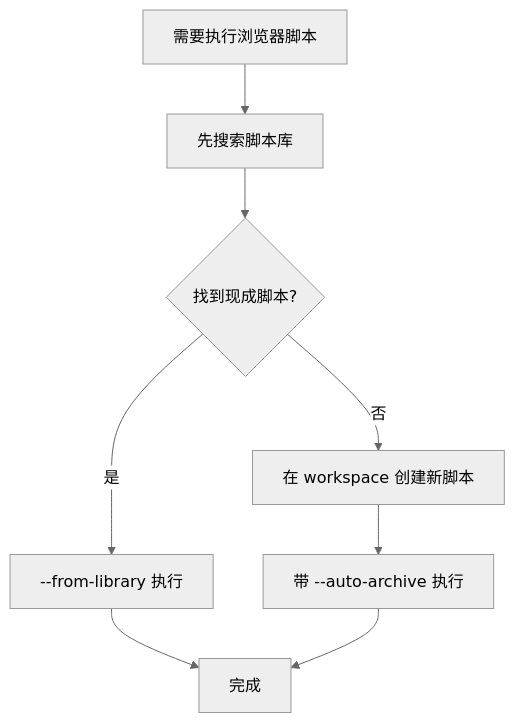
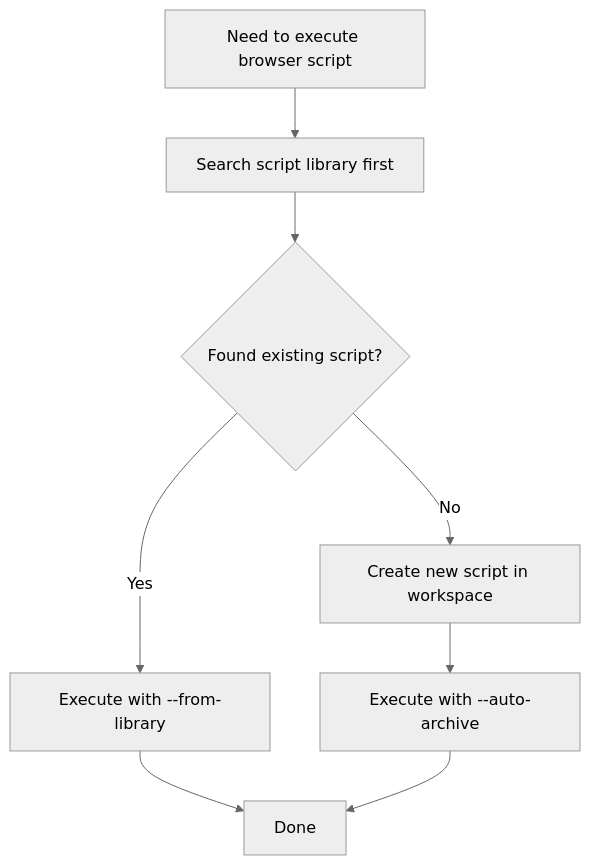
One commit to Josephaswisher/Deepseek-Cowork changed the diagram in deploy/templates/js-skills/skills/browser-control/SKILL.md. Above: the diagram before and after it, drawn with Mermaid (neutral theme). The commit also changed other lines of this file and 39 other files, not shown here.

````diff
--- a/deploy/templates/js-skills/skills/browser-control/SKILL.md
+++ b/deploy/templates/js-skills/skills/browser-control/SKILL.md
@@ -37,10 +37,10 @@
 ```mermaid
 flowchart TD
-    Start[需要执行浏览器脚本] --> Search[先搜索脚本库]
-    Search --> Found{找到现成脚本?}
-    Found -->|是| UseLib["--from-library 执行"]
-    Found -->|否| Create[在 workspace 创建新脚本]
-    Create --> Archive["带 --auto-archive 执行"]
-    UseLib --> Done[完成]
+    Start[Need to execute browser script] --> Search[Search script library first]
+    Search --> Found{Found existing script?}
+    Found -->|Yes| UseLib["Execute with --from-library"]
+    Found -->|No| Create[Create new script in workspace]
+    Create --> Archive["Execute with --auto-archive"]
+    UseLib --> Done[Done]
     Archive --> Done
 ```
````
